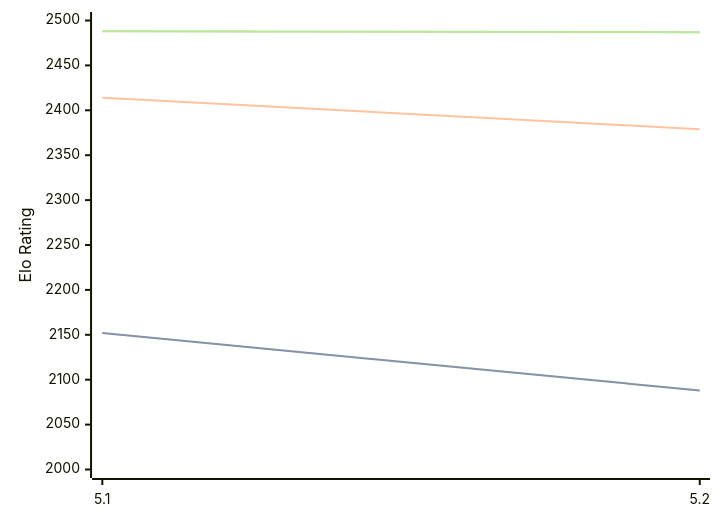
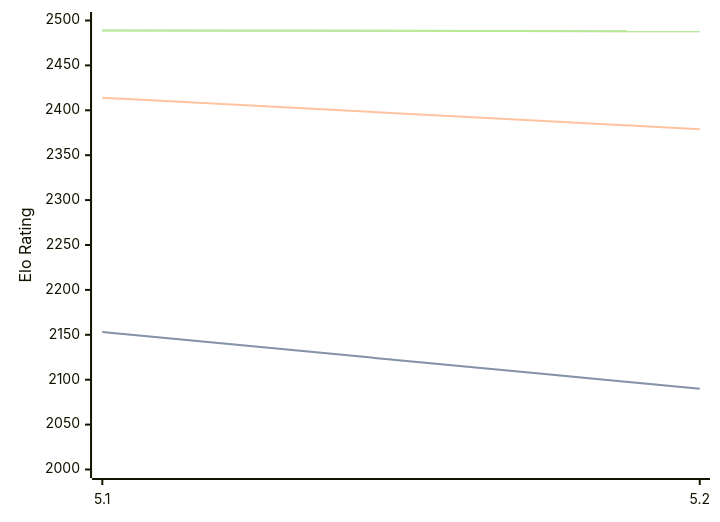
One commit to computer-chess-index/cci changed the diagram in engines/Prophet.md. Above: the diagram before and after it, drawn with Mermaid. The commit also changed other lines of this file, not shown here.

Commit message:
Update CCI Ratings (ELO VLTC) - 2026-07-24

````diff
--- a/engines/Prophet.md
+++ b/engines/Prophet.md
@@ -38,11 +38,11 @@
 ```mermaid
 %%{init: {"theme":"base","themeVariables":{"seriesColors:['#a3a3a3','#222221','#faa371']}}}%%
 xychart-beta
   x-axis ["5.1", "5.2"]
   y-axis "Elo Rating" 2000 --> 2500
-  line "STC (8.0+0.08s)" [2152, 2088]
-  line "STC (8.0+0.08s)" [2152, 2088]
+  line "STC (8.0+0.08s)" [2153, 2090]
+  line "STC (8.0+0.08s)" [2153, 2090]
   line "LTC (60.0+0.60s)" [2414, 2379]
-  line "VLTC (2m24s+1.12s)" [2488, 2487]
-  line "VLTC (2m24s+1.12s)" [2488, 2487]
+  line "VLTC (2m24s+1.12s)" [2489, 2488]
+  line "VLTC (2m24s+1.12s)" [2489, 2488]
 ```
````
